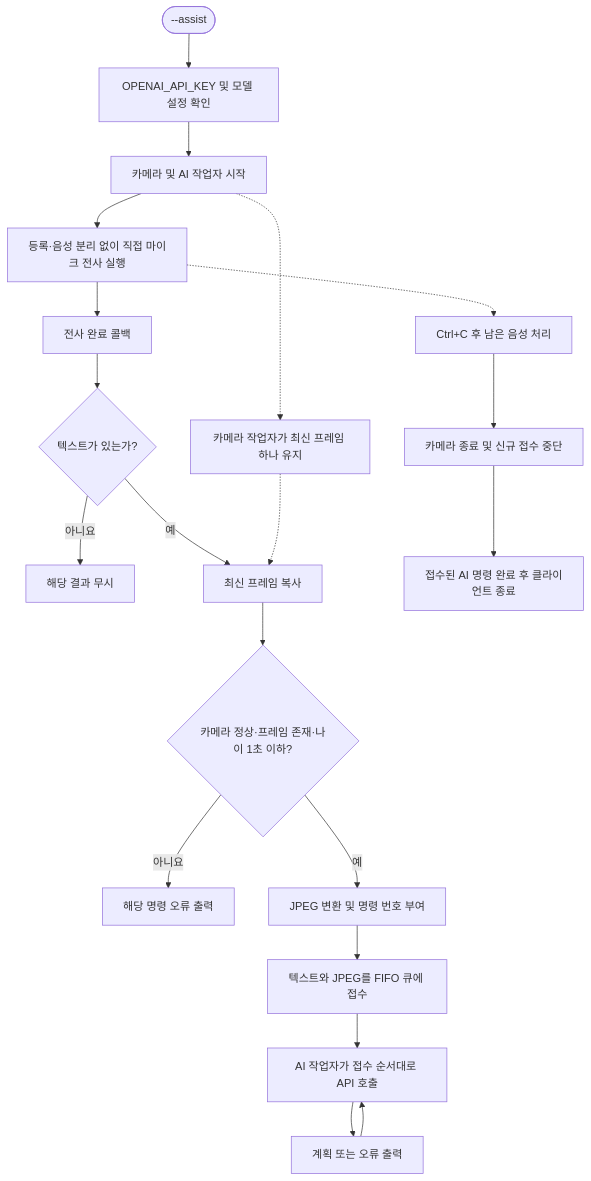
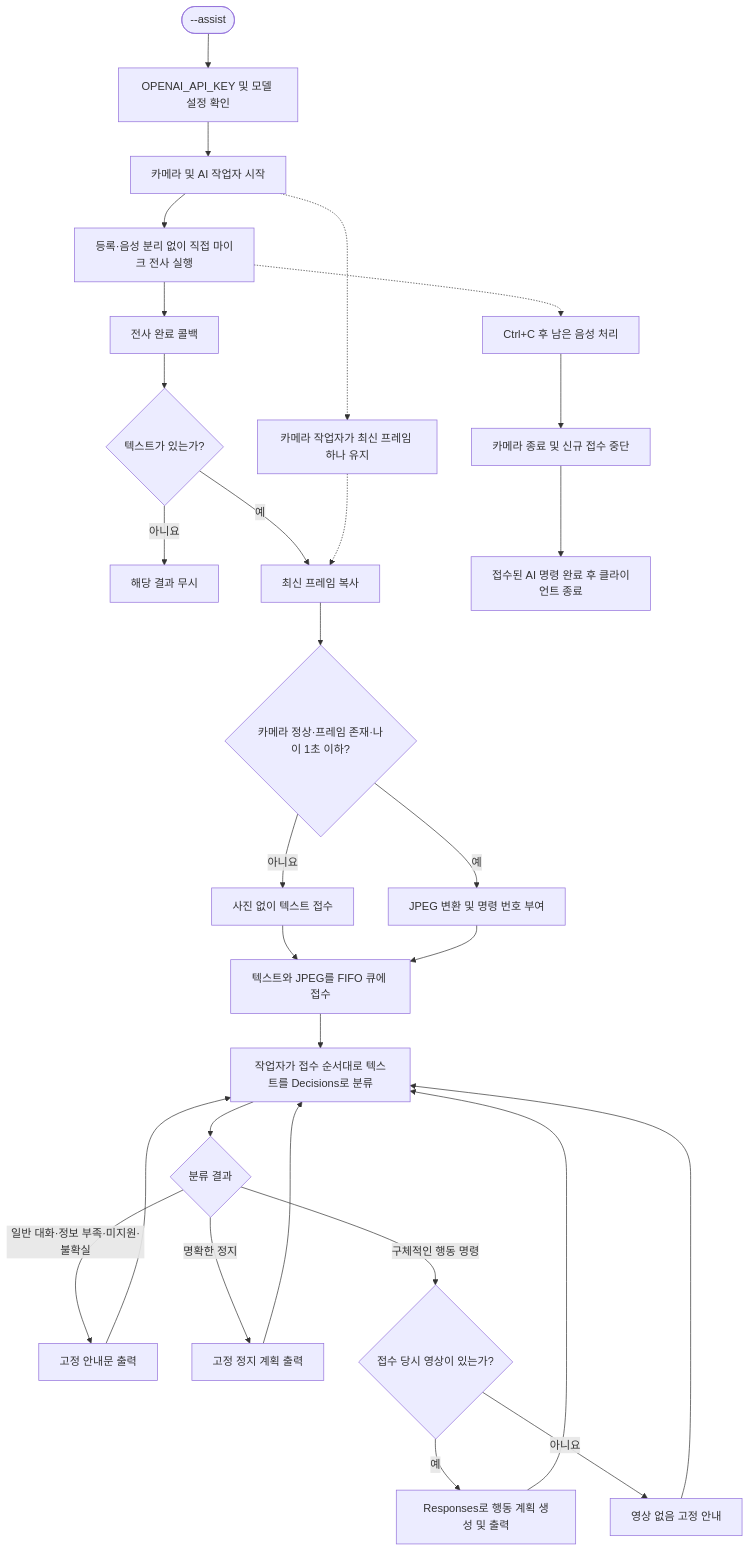
The third of 7 diagrams in FLOWCHART.md (pyhearts/ROBOTPAL), drawn with Mermaid before and after one commit. The commit also changed other lines of this file and 12 other files, not shown here.

````diff
--- a/FLOWCHART.md
+++ b/FLOWCHART.md
@@ -57,22 +58,31 @@
 ```mermaid
 flowchart TD
     A([--assist]) --> B[OPENAI_API_KEY 및 모델 설정 확인]
     B --> C[카메라 및 AI 작업자 시작]
     C --> D[등록·음성 분리 없이 직접 마이크 전사 실행]
     C -.-> CAM[카메라 작업자가 최신 프레임 하나 유지]
     D --> E[전사 완료 콜백]
     E --> F{텍스트가 있는가?}
     F -->|아니요| END[해당 결과 무시]
     F -->|예| G[최신 프레임 복사]
     CAM -.-> G
     G --> H{카메라 정상·프레임 존재·나이 1초 이하?}
-    H -->|아니요| ERR[해당 명령 오류 출력]
+    H -->|아니요| OPT[사진 없이 텍스트 접수]
+    OPT --> J
     H -->|예| I[JPEG 변환 및 명령 번호 부여]
     I --> J[텍스트와 JPEG를 FIFO 큐에 접수]
-    J --> K[AI 작업자가 접수 순서대로 API 호출]
-    K --> L[계획 또는 오류 출력]
-    L --> K
+    J --> K[작업자가 접수 순서대로 텍스트를 Decisions로 분류]
+    K --> TYPE{분류 결과}
+    TYPE -->|일반 대화·정보 부족·미지원·불확실| FIX[고정 안내문 출력]
+    TYPE -->|명확한 정지| STOPPLAN[고정 정지 계획 출력]
+    TYPE -->|구체적인 행동 명령| IMG{접수 당시 영상이 있는가?}
+    IMG -->|예| RESP[Responses로 행동 계획 생성 및 출력]
+    IMG -->|아니요| NOIMG[영상 없음 고정 안내]
+    FIX --> K
+    STOPPLAN --> K
+    RESP --> K
+    NOIMG --> K
     D -.-> STOP[Ctrl+C 후 남은 음성 처리]
     STOP --> CLOSE[카메라 종료 및 신규 접수 중단]
     CLOSE --> DRAIN[접수된 AI 명령 완료 후 클라이언트 종료]
 ```
````
